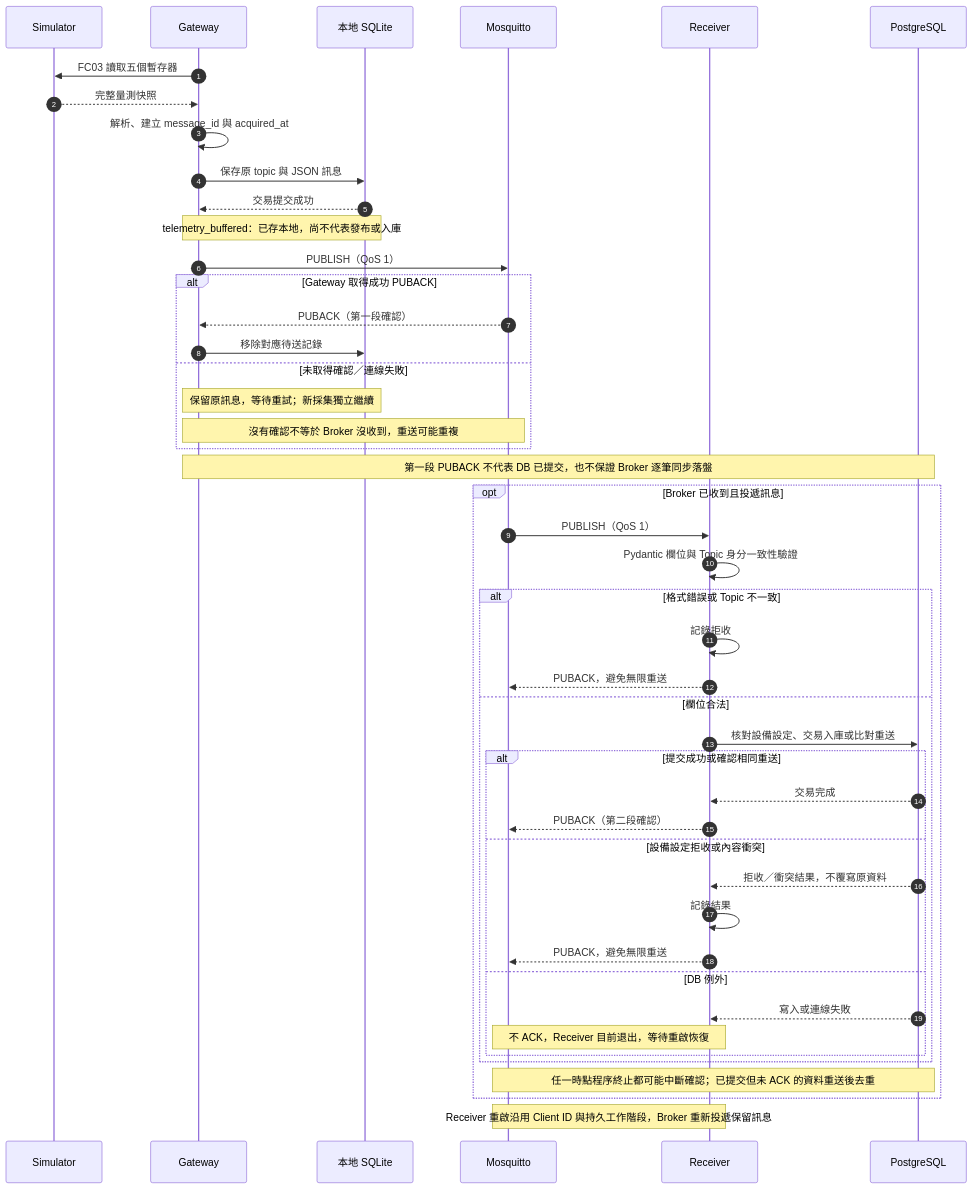
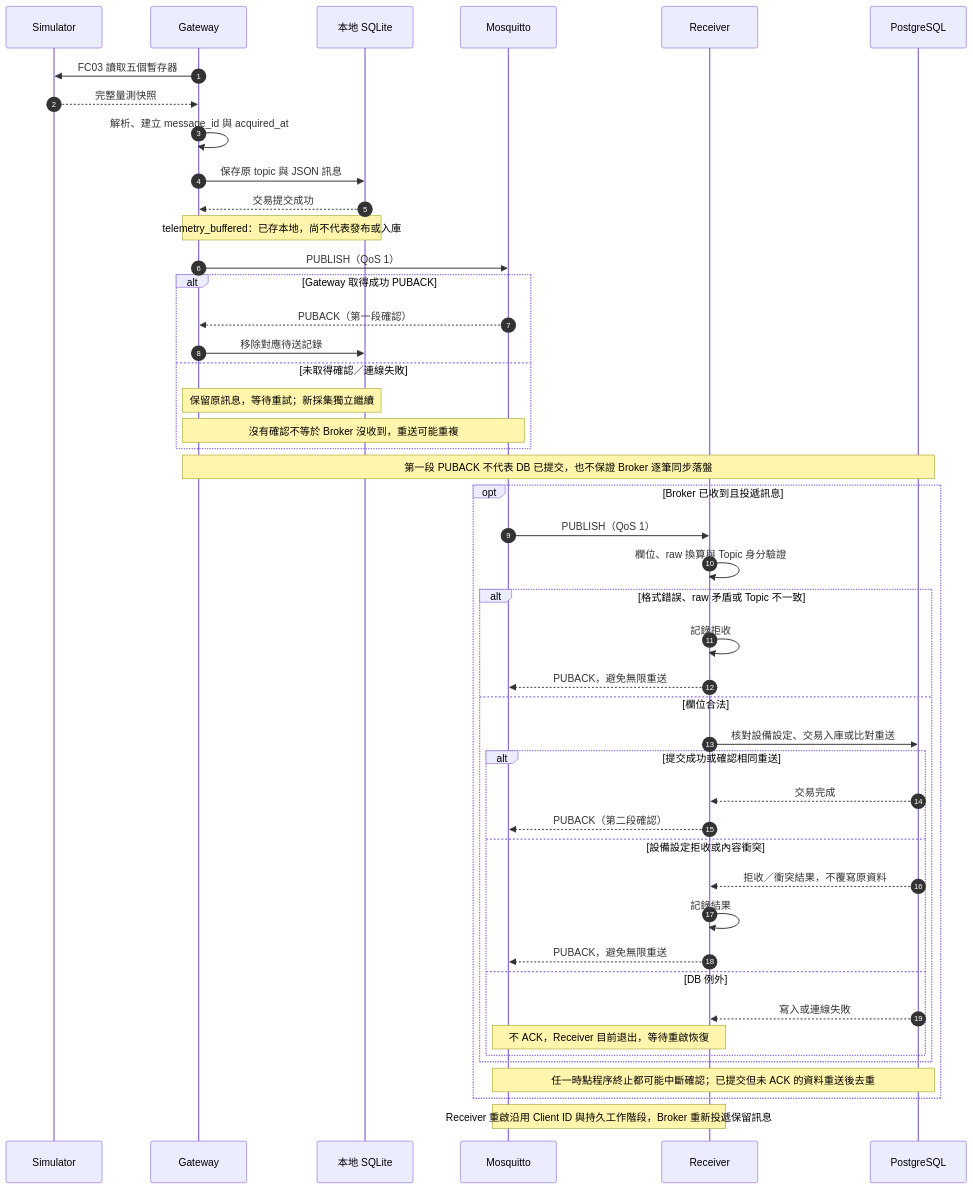
One commit to Ricky0106452/iot-device-integration-demo changed the second of 2 diagrams in docs/ARCHITECTURE.md. Above: the diagram before and after it, drawn with Mermaid. The commit also changed other lines of this file and 11 other files, not shown here.

````diff
--- a/docs/ARCHITECTURE.md
+++ b/docs/ARCHITECTURE.md
@@ -50,53 +50,53 @@
 ```mermaid
 sequenceDiagram
     autonumber
     participant S as Simulator
     participant G as Gateway
     participant O as 本地 SQLite
     participant B as Mosquitto
     participant R as Receiver
     participant D as PostgreSQL
 
     G->>S: FC03 讀取五個暫存器
     S-->>G: 完整量測快照
     G->>G: 解析、建立 message_id 與 acquired_at
     G->>O: 保存原 topic 與 JSON 訊息
     O-->>G: 交易提交成功
     Note over G,O: telemetry_buffered：已存本地，尚不代表發布或入庫
 
     G->>B: PUBLISH（QoS 1）
     alt Gateway 取得成功 PUBACK
         B-->>G: PUBACK（第一段確認）
         G->>O: 移除對應待送記錄
     else 未取得確認／連線失敗
         Note over G,O: 保留原訊息，等待重試；新採集獨立繼續
         Note over G,B: 沒有確認不等於 Broker 沒收到，重送可能重複
     end
 
     Note over G,D: 第一段 PUBACK 不代表 DB 已提交，也不保證 Broker 逐筆同步落盤
 
     opt Broker 已收到且投遞訊息
         B->>R: PUBLISH（QoS 1）
-        R->>R: Pydantic 欄位與 Topic 身分一致性驗證
-        alt 格式錯誤或 Topic 不一致
+        R->>R: 欄位、raw 換算與 Topic 身分驗證
+        alt 格式錯誤、raw 矛盾或 Topic 不一致
             R->>R: 記錄拒收
             R-->>B: PUBACK，避免無限重送
         else 欄位合法
             R->>D: 核對設備設定、交易入庫或比對重送
             alt 提交成功或確認相同重送
                 D-->>R: 交易完成
                 R-->>B: PUBACK（第二段確認）
             else 設備設定拒收或內容衝突
                 D-->>R: 拒收／衝突結果，不覆寫原資料
                 R->>R: 記錄結果
                 R-->>B: PUBACK，避免無限重送
             else DB 例外
                 D-->>R: 寫入或連線失敗
                 Note over B,R: 不 ACK，Receiver 目前退出，等待重啟恢復
             end
         end
         Note over B,D: 任一時點程序終止都可能中斷確認；已提交但未 ACK 的資料重送後去重
     end
 
     Note over B,R: Receiver 重啟沿用 Client ID 與持久工作階段，Broker 重新投遞保留訊息
 ```
````
